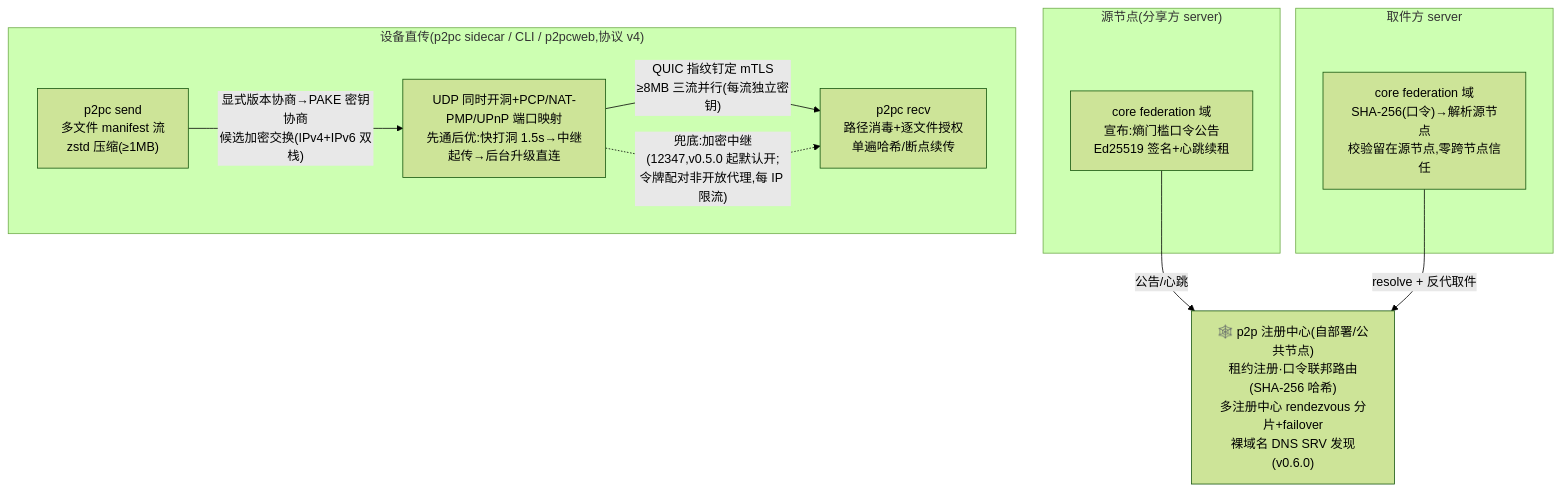
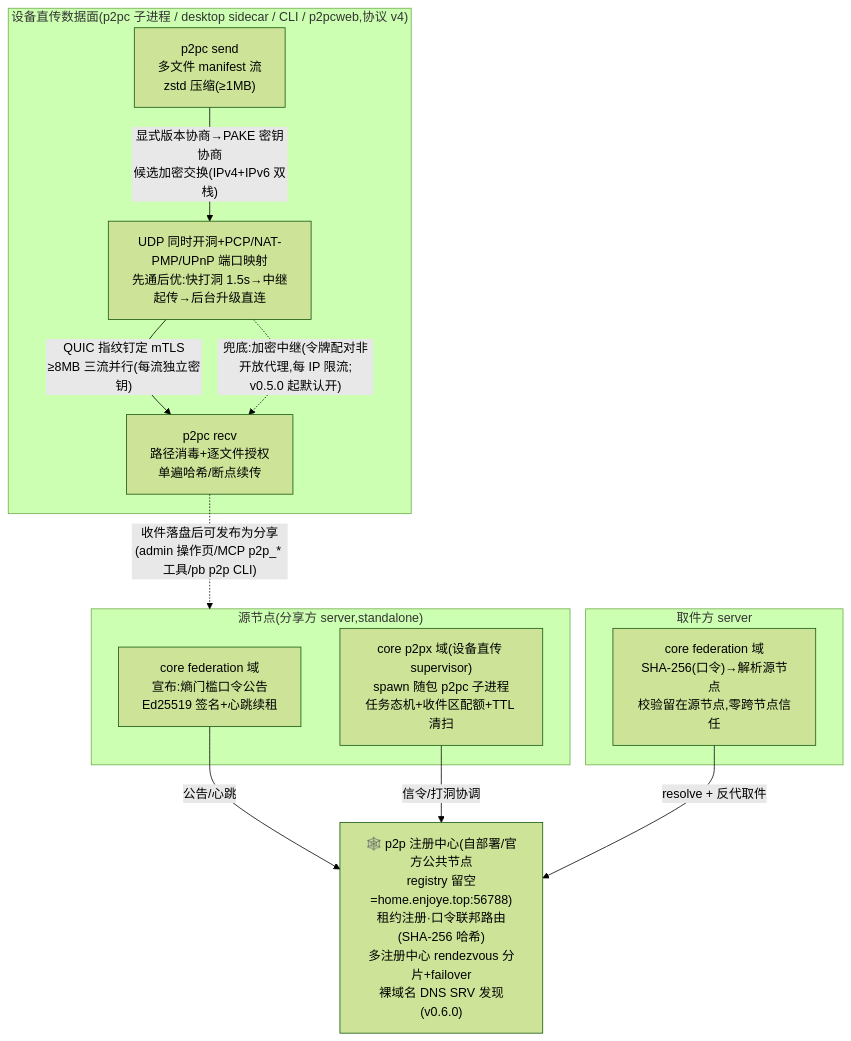
One commit to pigeonbox/pigeonbox changed the seventh of 10 diagrams in docs/architecture.md. Above: the diagram before and after it, drawn with Mermaid (forest theme). The commit also changed other lines of this file and 12 other files, not shown here.

````diff
--- a/docs/architecture.md
+++ b/docs/architecture.md
@@ -251,17 +262,20 @@
 ```mermaid
 flowchart TB
-    subgraph SRC["源节点(分享方 server)"]
+    subgraph SRC["源节点(分享方 server,standalone)"]
         FED1["core federation 域<br/>宣布:熵门槛口令公告<br/>Ed25519 签名+心跳续租"]
+        SUP["core p2px 域(设备直传 supervisor)<br/>spawn 随包 p2pc 子进程<br/>任务态机+收件区配额+TTL 清扫"]
     end
-    R["🕸️ p2p 注册中心(自部署/公共节点)<br/>租约注册·口令联邦路由(SHA-256 哈希)<br/>多注册中心 rendezvous 分片+failover<br/>裸域名 DNS SRV 发现(v0.6.0)"]
+    R["🕸️ p2p 注册中心(自部署/官方公共节点<br/>registry 留空=home.enjoye.top:56788)<br/>租约注册·口令联邦路由(SHA-256 哈希)<br/>多注册中心 rendezvous 分片+failover<br/>裸域名 DNS SRV 发现(v0.6.0)"]
     FED1 -->|"公告/心跳"| R
+    SUP -->|"信令/打洞协调"| R
     subgraph DST["取件方 server"]
         FED2["core federation 域<br/>SHA-256(口令)→解析源节点<br/>校验留在源节点,零跨节点信任"]
     end
     FED2 -->|"resolve + 反代取件"| R
-    subgraph P2PC["设备直传(p2pc sidecar / CLI / p2pcweb,协议 v4)"]
+    subgraph P2PC["设备直传数据面(p2pc 子进程 / desktop sidecar / CLI / p2pcweb,协议 v4)"]
         S1["p2pc send<br/>多文件 manifest 流<br/>zstd 压缩(≥1MB)"] -->|"显式版本协商→PAKE 密钥协商<br/>候选加密交换(IPv4+IPv6 双栈)"| HOLE["UDP 同时开洞+PCP/NAT-PMP/UPnP 端口映射<br/>先通后优:快打洞 1.5s→中继起传→后台升级直连"]
         HOLE -->|"QUIC 指纹钉定 mTLS<br/>≥8MB 三流并行(每流独立密钥)"| S2["p2pc recv<br/>路径消毒+逐文件授权<br/>单遍哈希/断点续传"]
-        HOLE -.->|"兜底:加密中继(12347,v0.5.0 起默认开;<br/>令牌配对非开放代理,每 IP 限流)"| S2
+        HOLE -.->|"兜底:加密中继(令牌配对非开放代理,每 IP 限流;<br/>v0.5.0 起默认开)"| S2
     end
+    S2 -.->|"收件落盘后可发布为分享<br/>(admin 操作页/MCP p2p_* 工具/pb p2p CLI)"| SRC
 ```
````
